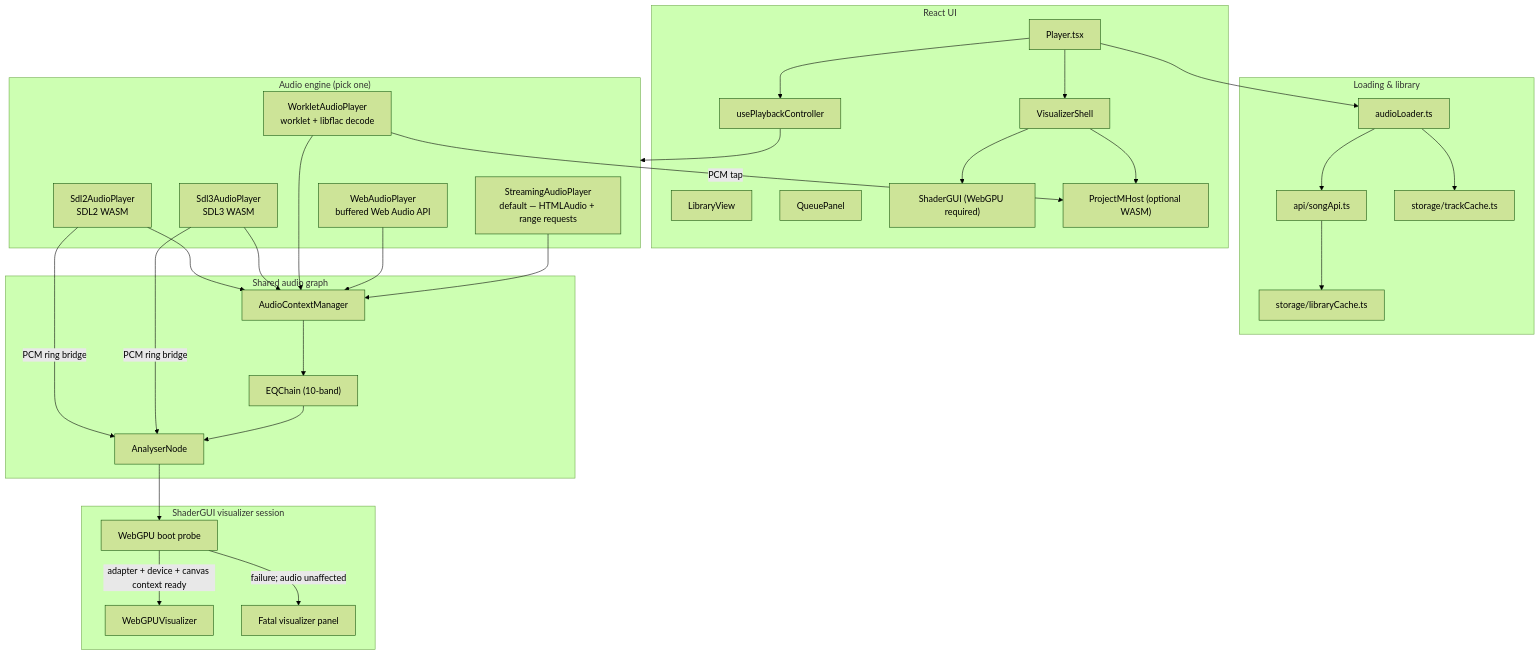
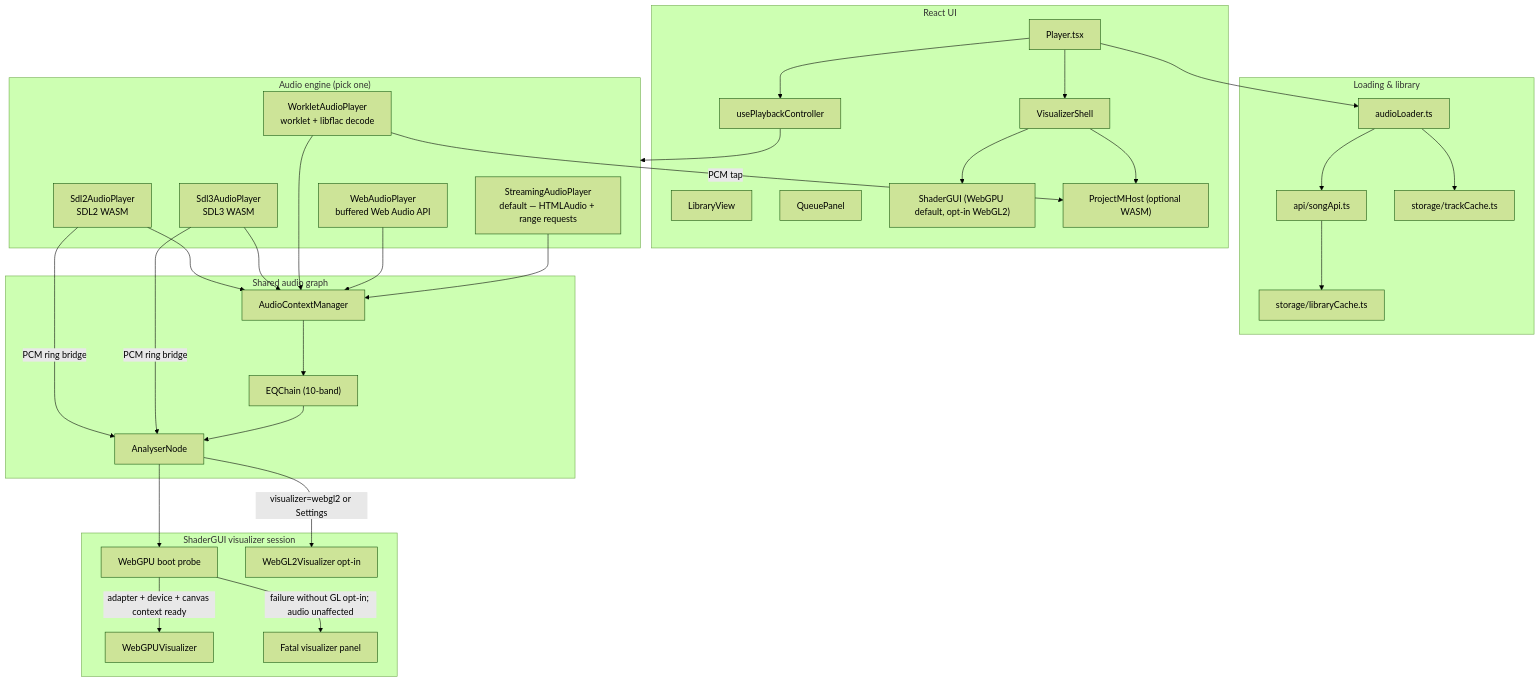
Before and after one commit to ford442/flac_player: the diagram in docs/ARCHITECTURE.md, drawn with Mermaid (forest theme). The commit also changed other lines of this file and 63 other files, not shown here.

````diff
--- a/docs/ARCHITECTURE.md
+++ b/docs/ARCHITECTURE.md
@@ -9,62 +9,64 @@
 ```mermaid
 flowchart TB
   subgraph UI["React UI"]
     Player["Player.tsx"]
     Controller["usePlaybackController"]
     Library["LibraryView"]
     Queue["QueuePanel"]
     Shell["VisualizerShell"]
-    ShaderGUI["ShaderGUI (WebGPU required)"]
+    ShaderGUI["ShaderGUI (WebGPU default, opt-in WebGL2)"]
     ProjectM["ProjectMHost (optional WASM)"]
   end
 
   subgraph Audio["Audio engine (pick one)"]
     Streaming["StreamingAudioPlayer<br/>default — HTMLAudio + range requests"]
     WebAudio["WebAudioPlayer<br/>buffered Web Audio API"]
     Worklet["WorkletAudioPlayer<br/>worklet + libflac decode"]
     SDL3["Sdl3AudioPlayer<br/>SDL3 WASM"]
     SDL2["Sdl2AudioPlayer<br/>SDL2 WASM"]
   end
 
   subgraph Load["Loading & library"]
     Loader["audioLoader.ts"]
     SongApi["api/songApi.ts"]
     TrackCache["storage/trackCache.ts"]
     LibCache["storage/libraryCache.ts"]
   end
 
   subgraph FX["Shared audio graph"]
     ACM["AudioContextManager"]
     EQ["EQChain (10-band)"]
     Analyser["AnalyserNode"]
   end
 
   subgraph Viz["ShaderGUI visualizer session"]
     Probe["WebGPU boot probe"]
     WebGPU["WebGPUVisualizer"]
+    WebGL2["WebGL2Visualizer opt-in"]
     Fatal["Fatal visualizer panel"]
   end
 
   Player --> Controller
   Controller --> Audio
   Player --> Shell
   Shell --> ShaderGUI
   Shell --> ProjectM
   Player --> Loader
   Loader --> SongApi
   Loader --> TrackCache
   SongApi --> LibCache
 
   Streaming --> ACM
   WebAudio --> ACM
   Worklet --> ACM
   SDL3 --> ACM
   SDL2 --> ACM
   ACM --> EQ --> Analyser
   Analyser --> Probe
   Probe -->|adapter + device + canvas context ready| WebGPU
-  Probe -->|failure; audio unaffected| Fatal
+  Probe -->|failure without GL opt-in; audio unaffected| Fatal
+  Analyser -->|visualizer=webgl2 or Settings| WebGL2
   Worklet -->|PCM tap| ProjectM
   SDL3 -->|PCM ring bridge| Analyser
   SDL2 -->|PCM ring bridge| Analyser
 ```
````
